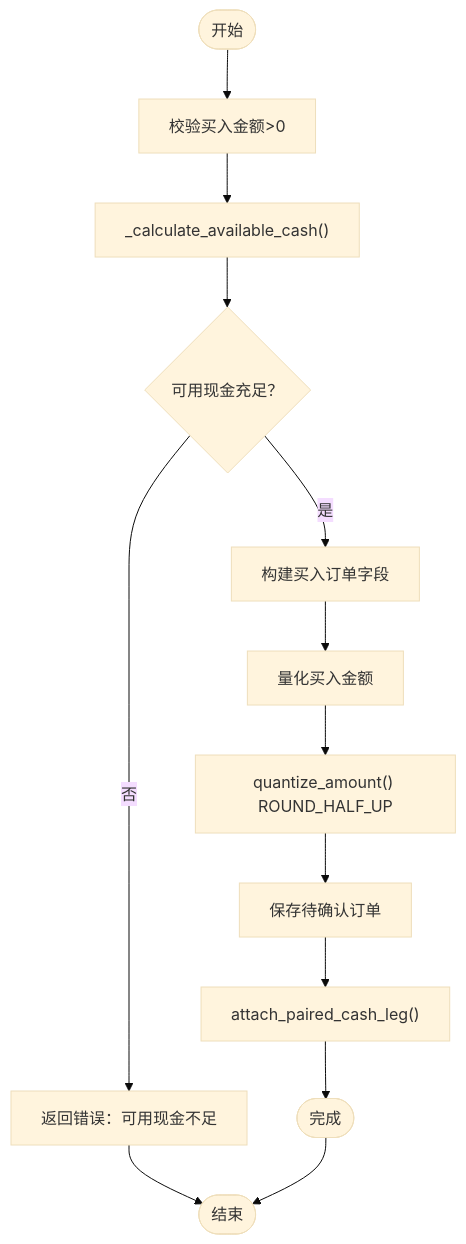
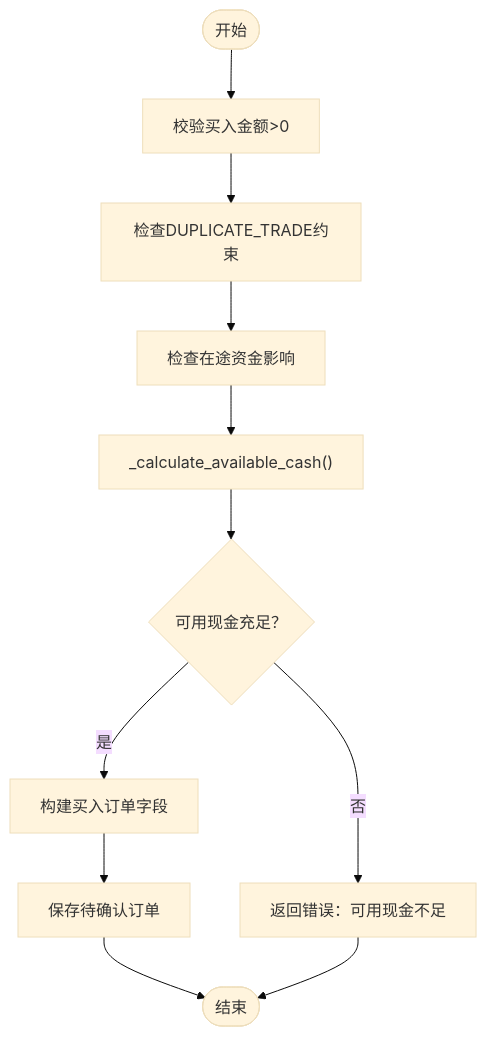
Diagram 11 of 17 in .qoder/repowiki/zh/content/核心业务功能/交易处理.md (gujialind/InvestRing), drawn with Mermaid (base theme) before and after one commit. The commit also changed other lines of this file and 64 other files, not shown here.

````diff
--- a/.qoder/repowiki/zh/content/核心业务功能/交易处理.md
+++ b/.qoder/repowiki/zh/content/核心业务功能/交易处理.md
@@ -436,15 +549,13 @@
 ```mermaid
 flowchart TD
 Start(["开始"]) --> CheckAmt["校验买入金额>0"]
-CheckAmt --> CashCalc["_calculate_available_cash()"]
+CheckAmt --> CheckDuplicate["检查DUPLICATE_TRADE约束"]
+CheckDuplicate --> CheckInTransit["检查在途资金影响"]
+CheckInTransit --> CashCalc["_calculate_available_cash()"]
 CashCalc --> Enough{"可用现金充足？"}
 Enough --> |否| Err["返回错误：可用现金不足"]
 Enough --> |是| Build["构建买入订单字段"]
-Build --> QuantizeAmt["量化买入金额"]
-QuantizeAmt --> Quantize["quantize_amount() ROUND_HALF_UP"]
-Quantize --> Save["保存待确认订单"]
-Save --> AttachPair["attach_paired_cash_leg()"]
-AttachPair --> Complete(["完成"])
-Err --> End(["结束"])
-Complete --> End
+Build --> Save["保存待确认订单"]
+Save --> End(["结束"])
+Err --> End
 ```
````
